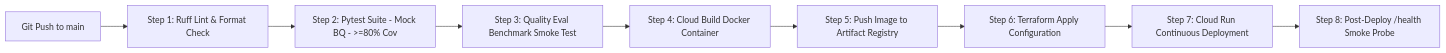
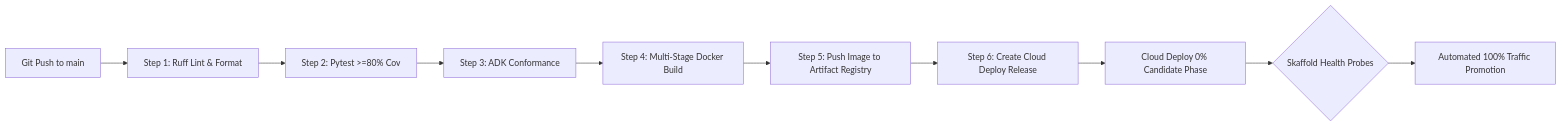
The fourth of 4 diagrams in ARCHITECTURE.md (willie3838/williamc-ecomm-capstone), drawn with Mermaid before and after one commit. The commit also changed other lines of this file and 32 other files, not shown here.

````diff
--- a/ARCHITECTURE.md
+++ b/ARCHITECTURE.md
@@ -391,11 +418,12 @@
 ```mermaid
 flowchart LR
-    COMMIT[Git Push to main] --> LINT[Step 1: Ruff Lint & Format Check]
-    LINT --> TEST[Step 2: Pytest Suite - Mock BQ - >=80% Cov]
-    TEST --> EVAL[Step 3: Quality Eval Benchmark Smoke Test]
-    EVAL --> DOCKER[Step 4: Cloud Build Docker Container]
+    COMMIT[Git Push to main] --> LINT[Step 1: Ruff Lint & Format]
+    LINT --> TEST[Step 2: Pytest >=80% Cov]
+    TEST --> ADK[Step 3: ADK Conformance]
+    ADK --> DOCKER[Step 4: Multi-Stage Docker Build]
     DOCKER --> AR[Step 5: Push Image to Artifact Registry]
-    AR --> TF[Step 6: Terraform Apply Configuration]
-    TF --> RUN[Step 7: Cloud Run Continuous Deployment]
-    RUN --> PROBE[Step 8: Post-Deploy /health Smoke Probe]
+    AR --> REL[Step 6: Create Cloud Deploy Release]
+    REL --> CANARY[Cloud Deploy 0% Candidate Phase]
+    CANARY --> VERIFY{Skaffold Health Probes}
+    VERIFY --> PROMOTE[Automated 100% Traffic Promotion]
 ```
````
